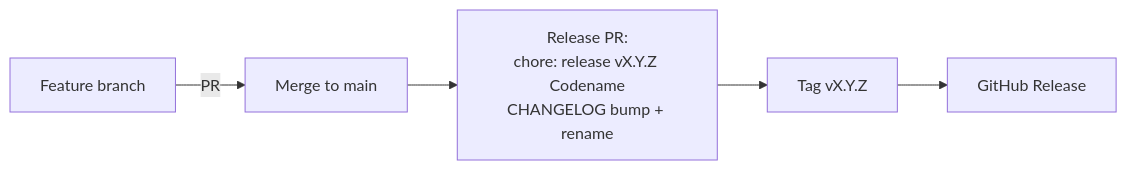
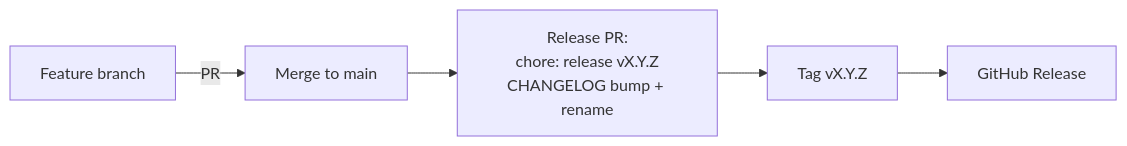
The third of 5 diagrams in docs/ARCHITECTURE.md (Carme99/bug-free-umbrella), drawn with Mermaid before and after one commit. The commit also changed other lines of this file and 30 other files, not shown here.

````diff
--- a/docs/ARCHITECTURE.md
+++ b/docs/ARCHITECTURE.md
@@ -94,7 +94,7 @@
 ```mermaid
 flowchart LR
     F[Feature branch] -->|PR| M[Merge to main]
-    M --> R[Release PR:<br/>chore: release vX.Y.Z Codename<br/>CHANGELOG bump + rename]
+    M --> R[Release PR:<br/>chore: release vX.Y.Z<br/>CHANGELOG bump + rename]
     R --> RT[Tag vX.Y.Z]
     RT --> REL[GitHub Release]
 ```
````
